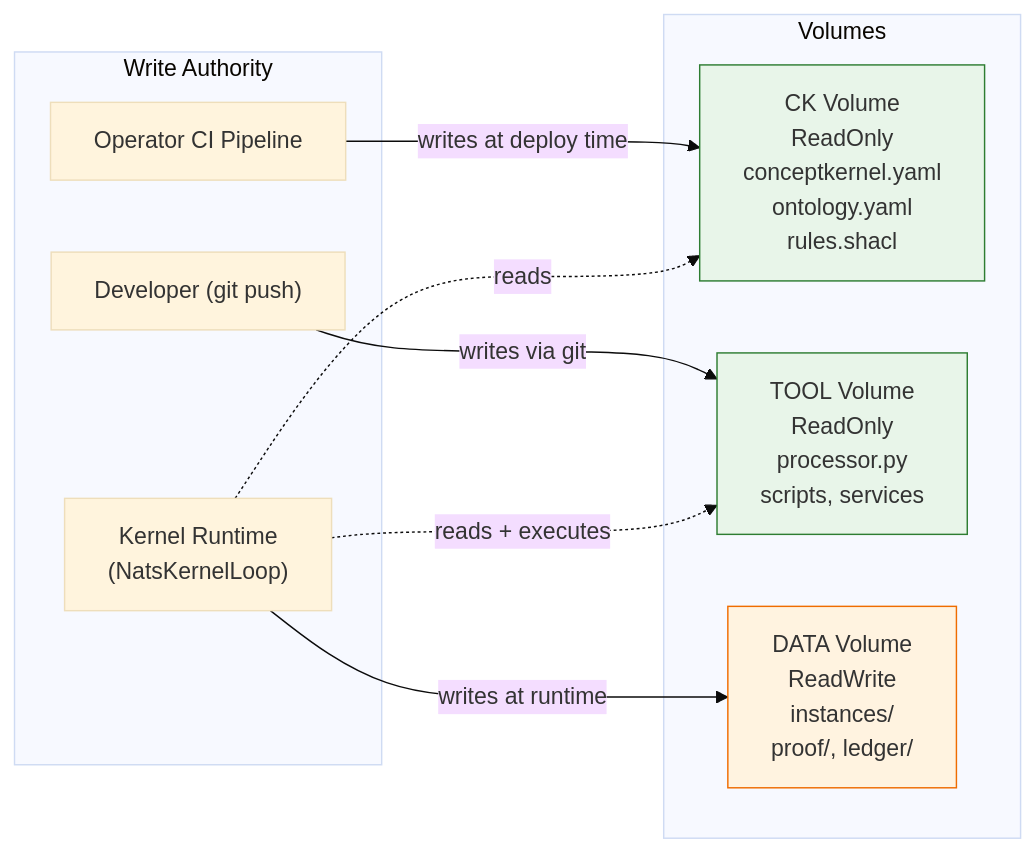
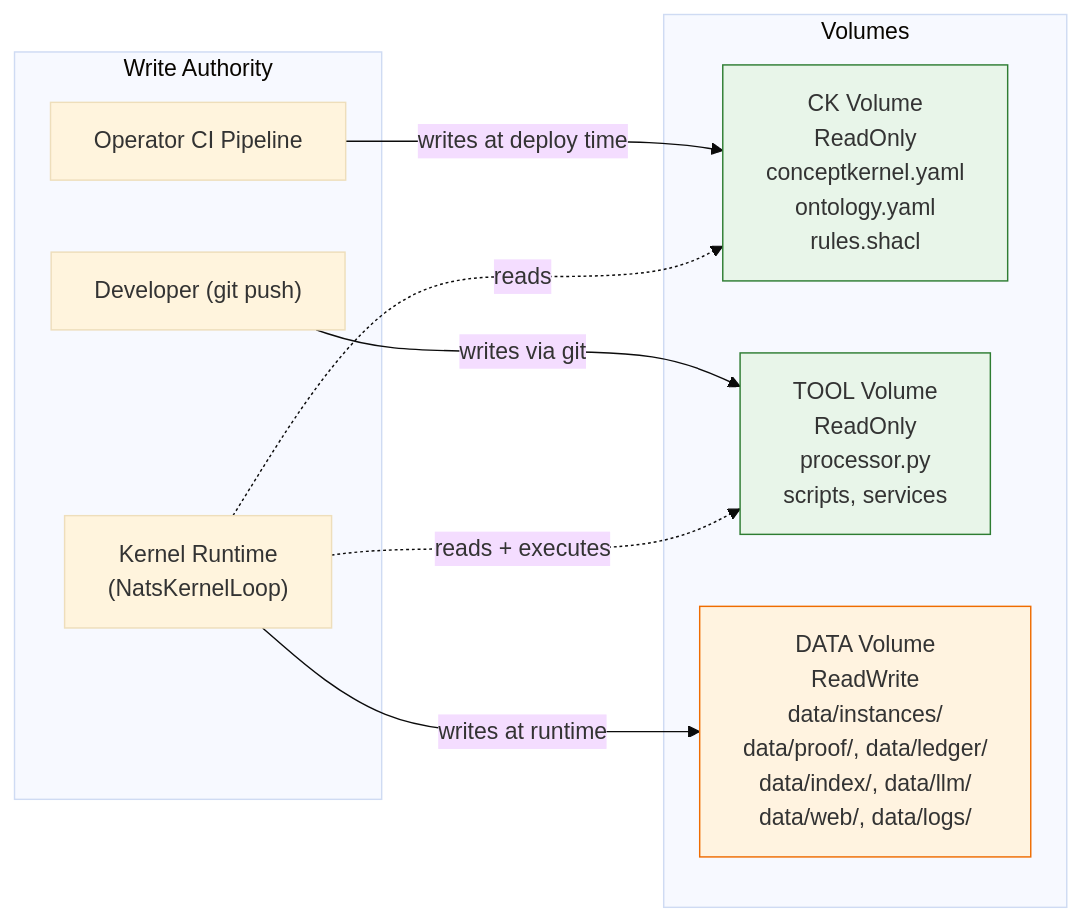
The diagram in docs/v3.7/isolation.md (ConceptKernel/conceptkernel.github.io), drawn with Mermaid (base theme) before and after one commit. The commit also changed 9 other files, not shown here.

First line of the commit message:
v3.7 storage: data/ middle-dir + logs/ subfolder

````diff
--- a/docs/v3.7/isolation.md
+++ b/docs/v3.7/isolation.md
@@ -32,21 +32,21 @@
 ```mermaid
 graph LR
     subgraph "Write Authority"
         OP["Operator CI Pipeline"]
         DEV["Developer (git push)"]
         RT["Kernel Runtime<br/>(NatsKernelLoop)"]
     end
     subgraph "Volumes"
         CK["CK Volume<br/>ReadOnly<br/>conceptkernel.yaml<br/>ontology.yaml<br/>rules.shacl"]
         TOOL["TOOL Volume<br/>ReadOnly<br/>processor.py<br/>scripts, services"]
-        DATA["DATA Volume<br/>ReadWrite<br/>instances/<br/>proof/, ledger/"]
+        DATA["DATA Volume<br/>ReadWrite<br/>data/instances/<br/>data/proof/, data/ledger/<br/>data/index/, data/llm/<br/>data/web/, data/logs/"]
     end
     OP -->|"writes at deploy time"| CK
     DEV -->|"writes via git"| TOOL
     RT -->|"writes at runtime"| DATA
     RT -.->|"reads"| CK
     RT -.->|"reads + executes"| TOOL
     style CK fill:#e8f5e9,stroke:#2e7d32
     style TOOL fill:#e8f5e9,stroke:#2e7d32
     style DATA fill:#fff3e0,stroke:#ef6c00
 ```
````
